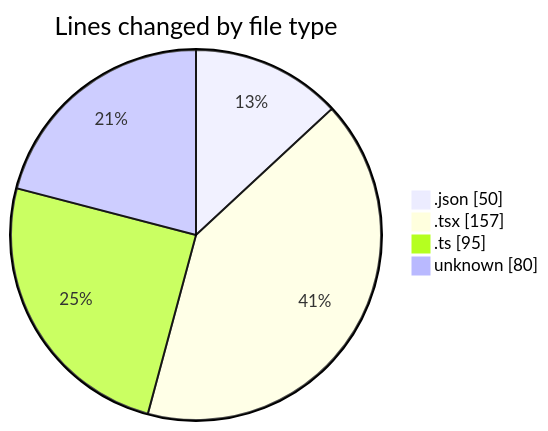
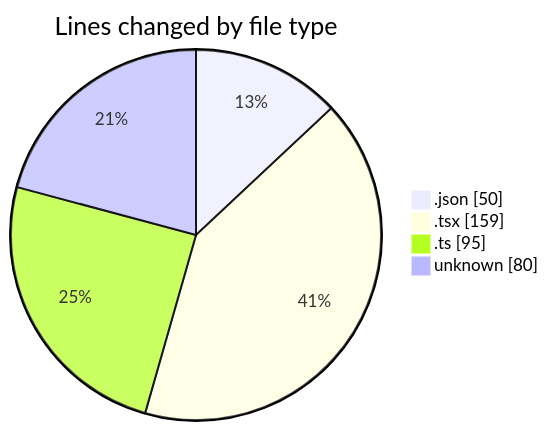
The first of 2 diagrams in 2025-10-29/eventscop-frontend-guide__workspace_/README.md (julien-gomy/code-tracking), drawn with Mermaid before and after one commit. The commit also changed other lines of this file and 1 other file, not shown here.

````diff
--- a/2025-10-29/eventscop-frontend-guide__workspace_/README.md
+++ b/2025-10-29/eventscop-frontend-guide__workspace_/README.md
@@ -31,8 +31,8 @@
 ```mermaid
 pie showData
 title Lines changed by file type
 ".json" : 50
-".tsx" : 157
+".tsx" : 159
 ".ts" : 95
 "unknown" : 80
 ```
````
